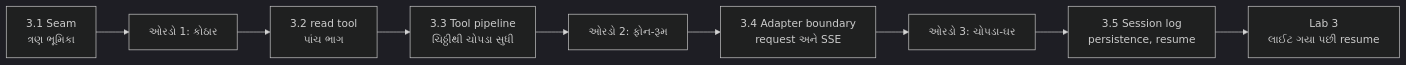
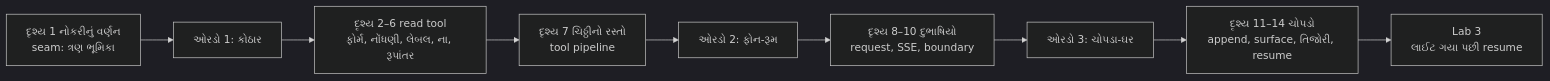
Before and after one commit to vrajkher/DeepSeekHarnessBookNEW: the first of 3 diagrams in book/03-tools-sessions-adapters.md, drawn with Mermaid (dark theme). The commit also changed other lines of this file and 15 other files, not shown here.

````diff
--- a/book/03-tools-sessions-adapters.md
+++ b/book/03-tools-sessions-adapters.md
@@ -28,11 +22,11 @@
 ```mermaid
 flowchart LR
-  S["3.1 Seam<br/>ત્રણ ભૂમિકા"] --> R1["ઓરડો 1: કોઠાર"]
-  R1 --> A["3.2 read tool<br/>પાંચ ભાગ"]
-  A --> B["3.3 Tool pipeline<br/>ચિઠ્ઠીથી ચોપડા સુધી"]
+  S["દૃશ્ય 1 નોકરીનું વર્ણન<br/>seam: ત્રણ ભૂમિકા"] --> R1["ઓરડો 1: કોઠાર"]
+  R1 --> A["દૃશ્ય 2–6 read tool<br/>ફોર્મ, નોંધણી, લેબલ, ના, રૂપાંતર"]
+  A --> B["દૃશ્ય 7 ચિઠ્ઠીનો રસ્તો<br/>tool pipeline"]
   B --> R2["ઓરડો 2: ફોન-રૂમ"]
-  R2 --> C["3.4 Adapter boundary<br/>request અને SSE"]
+  R2 --> C["દૃશ્ય 8–10 દુભાષિયો<br/>request, SSE, boundary"]
   C --> R3["ઓરડો 3: ચોપડા-ઘર"]
-  R3 --> D["3.5 Session log<br/>persistence, resume"]
+  R3 --> D["દૃશ્ય 11–14 ચોપડો<br/>append, surface, તિજોરી, resume"]
   D --> L["Lab 3<br/>લાઈટ ગયા પછી resume"]
 ```
````
